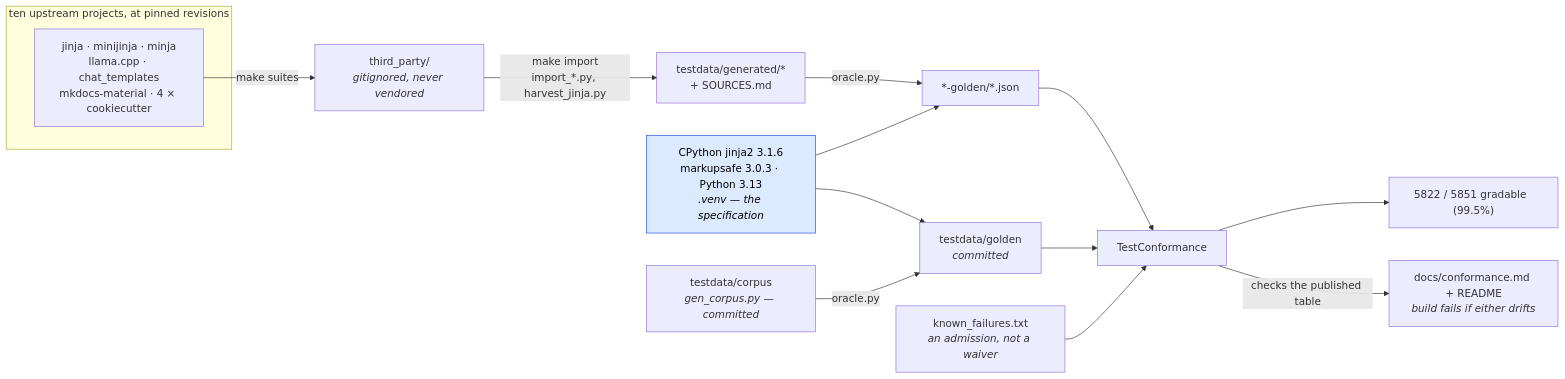
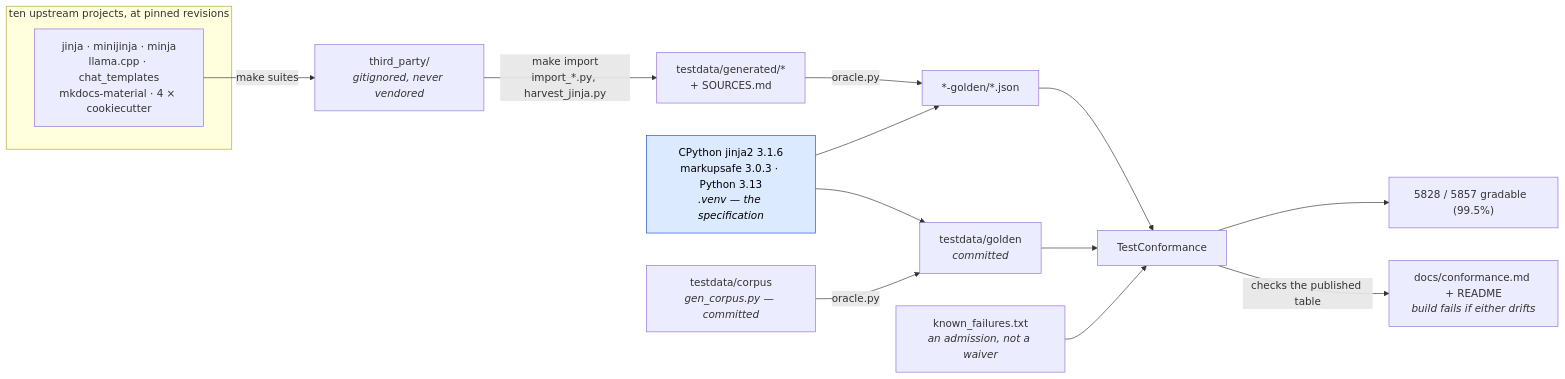
Before and after one commit to mgilbir/gojja2: the first of 2 diagrams in docs/conformance.md, drawn with Mermaid. The commit also changed other lines of this file and 26 other files, not shown here.

````diff
--- a/docs/conformance.md
+++ b/docs/conformance.md
@@ -17,24 +17,24 @@
 ```mermaid
 flowchart LR
     subgraph up["ten upstream projects, at pinned revisions"]
         U1["jinja · minijinja · minja<br/>llama.cpp · chat_templates<br/>mkdocs-material · 4 × cookiecutter"]
     end
     U1 -->|"make suites"| TP["third_party/<br/><i>gitignored, never vendored</i>"]
     TP -->|"make import<br/>import_*.py, harvest_jinja.py"| GEN["testdata/generated/*<br/>+ SOURCES.md"]
 
     ORA["CPython jinja2 3.1.6<br/>markupsafe 3.0.3 · Python 3.13<br/><i>.venv — the specification</i>"]
     GEN -->|"oracle.py"| G2["*-golden/*.json"]
     ORA --> G2
 
     OWN["testdata/corpus<br/><i>gen_corpus.py — committed</i>"] -->|"oracle.py"| G1["testdata/golden<br/><i>committed</i>"]
     ORA --> G1
 
     G1 --> TC["TestConformance"]
     G2 --> TC
     KF["known_failures.txt<br/><i>an admission, not a waiver</i>"] --> TC
-    TC --> RATE["5822 / 5851 gradable  (99.5%)"]
+    TC --> RATE["5828 / 5857 gradable  (99.5%)"]
     TC -->|"checks the published table"| RM["docs/conformance.md + README<br/><i>build fails if either drifts</i>"]
 
     classDef spec fill:#dbeafe,stroke:#1d4ed8,color:#000
     class ORA spec
 ```
````
